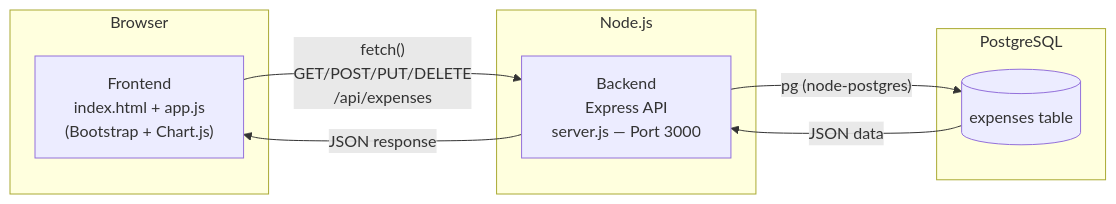
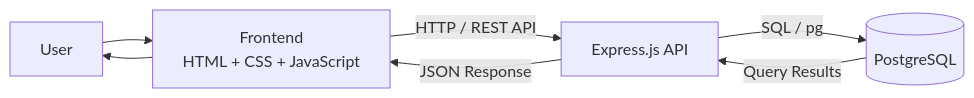
The first of 3 diagrams in README.md (Mohammadshaqboua/Expense-Tracker), drawn with Mermaid before and after one commit. The commit also changed other lines of this file, not shown here.

````diff
--- a/README.md
+++ b/README.md
@@ -40,25 +164,9 @@
 ```mermaid
 flowchart LR
-    subgraph Browser["Browser"]
-        FE["Frontend
-        index.html + app.js
-        (Bootstrap + Chart.js)"]
-    end
-
-    subgraph Server["Node.js"]
-        BE["Backend
-        Express API
-        server.js — Port 3000"]
-    end
-
-    subgraph DB["PostgreSQL"]
-        T[("expenses table")]
-    end
-
-    FE -- "fetch()
-    GET/POST/PUT/DELETE
-    /api/expenses" --> BE
-    BE -- "pg (node-postgres)" --> T
-    T -- "JSON data" --> BE
-    BE -- "JSON response" --> FE
+    U["User"] --> F["Frontend<br/>HTML + CSS + JavaScript"]
+    F -->|HTTP / REST API| A["Express.js API"]
+    A -->|SQL / pg| D[("PostgreSQL")]
+    D -->|Query Results| A
+    A -->|JSON Response| F
+    F --> U
 ```
````
